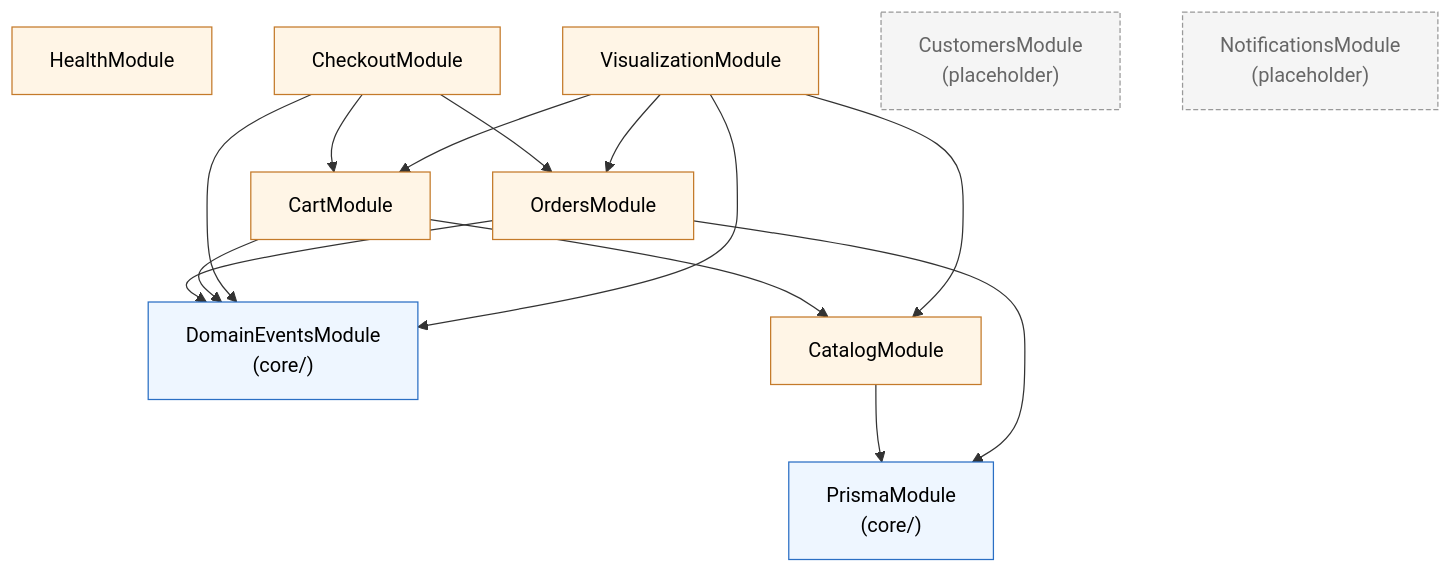
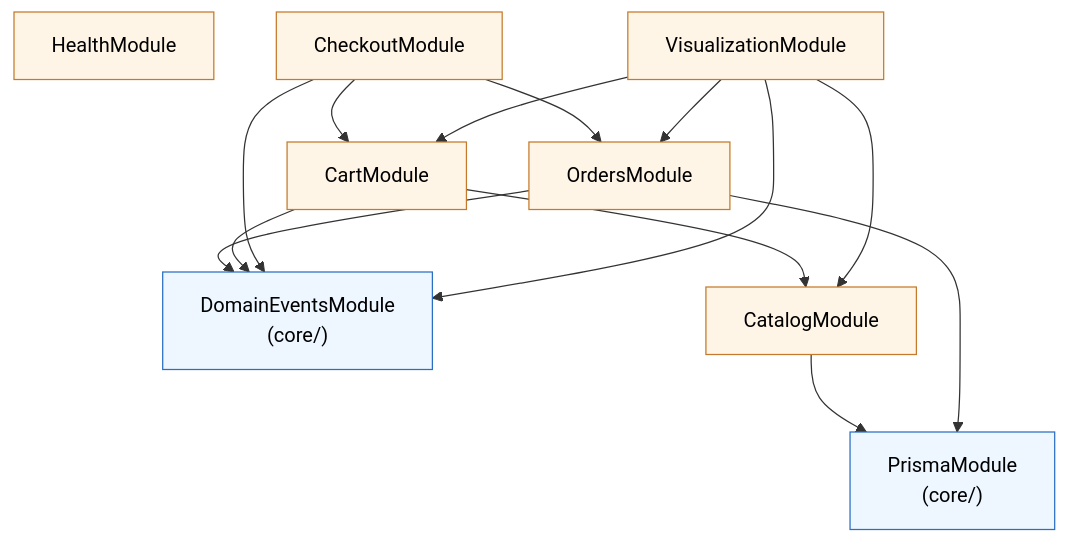
Before and after one commit to nicopizar00/expresso-engineering-playground: the diagram in docs/architecture/bff-modules.md, drawn with Mermaid. The commit also changed other lines of this file and 8 other files, not shown here.

````diff
--- a/docs/architecture/bff-modules.md
+++ b/docs/architecture/bff-modules.md
@@ -9,32 +9,28 @@
 ```mermaid
 flowchart TD
-  classDef placeholder fill:#f5f5f5,stroke:#999,color:#666,stroke-dasharray: 4 2;
   classDef infra fill:#eef6ff,stroke:#2a6fc4,color:#000;
   classDef domain fill:#fff5e6,stroke:#c47a2a,color:#000;
 
   Prisma["PrismaModule<br/>(core/)"]:::infra
   Events["DomainEventsModule<br/>(core/)"]:::infra
 
   Health["HealthModule"]:::domain
   Catalog["CatalogModule"]:::domain
   Cart["CartModule"]:::domain
   Checkout["CheckoutModule"]:::domain
   Orders["OrdersModule"]:::domain
   Viz["VisualizationModule"]:::domain
-
-  Customers["CustomersModule<br/>(placeholder)"]:::placeholder
-  Notifications["NotificationsModule<br/>(placeholder)"]:::placeholder
 
   Catalog --> Prisma
   Orders  --> Prisma
   Orders  --> Events
   Cart    --> Catalog
   Cart    --> Events
   Checkout --> Cart
   Checkout --> Orders
   Checkout --> Events
   Viz --> Catalog
   Viz --> Cart
   Viz --> Orders
   Viz --> Events
 ```
````
